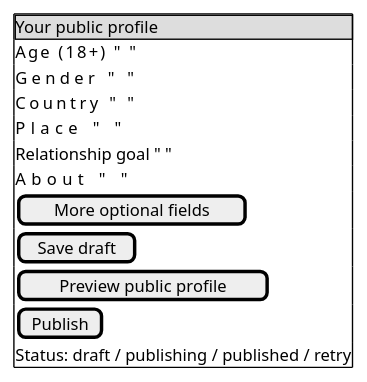
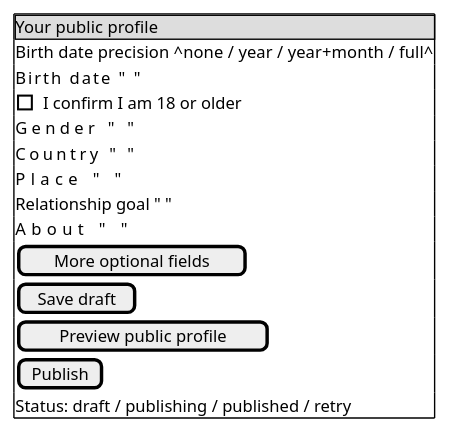
The fourth of 5 diagrams in docs/design/v0.0.1-client-screens.md (abbat/dyapp), drawn with PlantUML before and after one commit. The commit also changed other lines of this file and 5 other files, not shown here.

````diff
--- a/docs/design/v0.0.1-client-screens.md
+++ b/docs/design/v0.0.1-client-screens.md
@@ -241,18 +243,20 @@
 ```plantuml
 @startsalt
 {+
 {* Your public profile }
-Age (18+)       " "
+Birth date precision  ^none / year / year+month / full^
+Birth date       " "
+[ ] I confirm I am 18 or older
 Gender          " "
 Country         " "
 Place           " "
 Relationship goal " "
 About           " "
 [More optional fields]
 [Save draft]
 [Preview public profile]
 [Publish]
 Status: draft / publishing / published / retry
 }
 @endsalt
 ```
````
